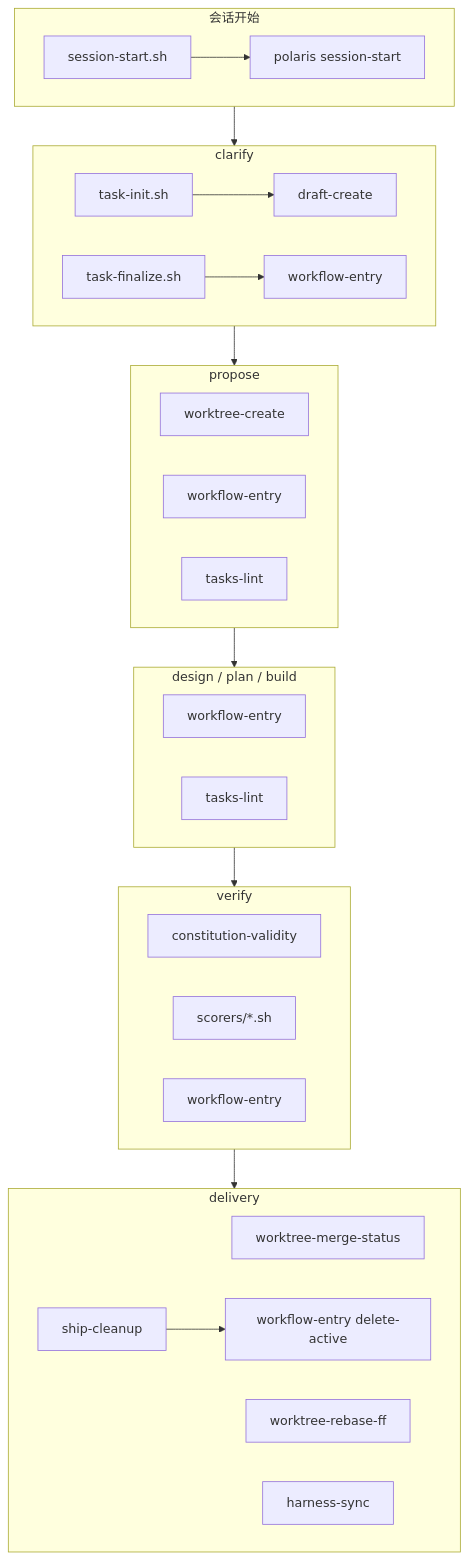
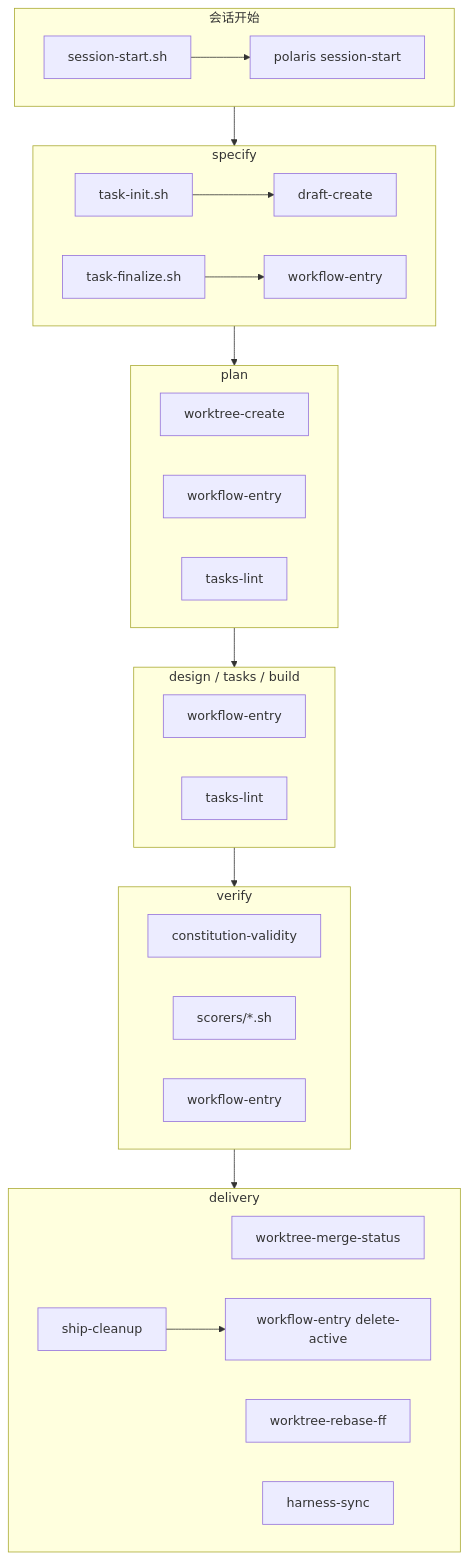
Before and after one commit to incodingless/polaris-flow: the diagram in docs/workflow-hooks-call-order.md, drawn with Mermaid. The commit also changed other lines of this file and 108 other files, not shown here.

````diff
--- a/docs/workflow-hooks-call-order.md
+++ b/docs/workflow-hooks-call-order.md
@@ -15,44 +15,44 @@
 ```mermaid
 flowchart TB
   subgraph session [会话开始]
     SS[session-start.sh]
     CLI0["polaris session-start"]
     SS --> CLI0
   end
 
-  subgraph clarify [clarify]
+  subgraph specify [specify]
     TI[task-init.sh]
     DC[draft-create]
     WE1[workflow-entry]
     TF[task-finalize.sh]
     TI --> DC
     TF --> WE1
   end
 
-  subgraph propose [propose]
+  subgraph plan [plan]
     WT[worktree-create]
     WE2[workflow-entry]
     TL1[tasks-lint]
   end
 
-  subgraph mid [design / plan / build]
+  subgraph mid [design / tasks / build]
     WE3[workflow-entry]
     TL2[tasks-lint]
   end
 
   subgraph verify [verify]
     CV[constitution-validity]
     SC[scorers/*.sh]
     WE4[workflow-entry]
   end
 
   subgraph delivery [delivery]
     WMS[worktree-merge-status]
     WRF[worktree-rebase-ff]
     SYNC[harness-sync]
     CL[ship-cleanup]
     CL --> WE5[workflow-entry delete-active]
   end
 
-  session --> clarify --> propose --> mid --> verify --> delivery
+  session --> specify --> plan --> mid --> verify --> delivery
 ```
````
